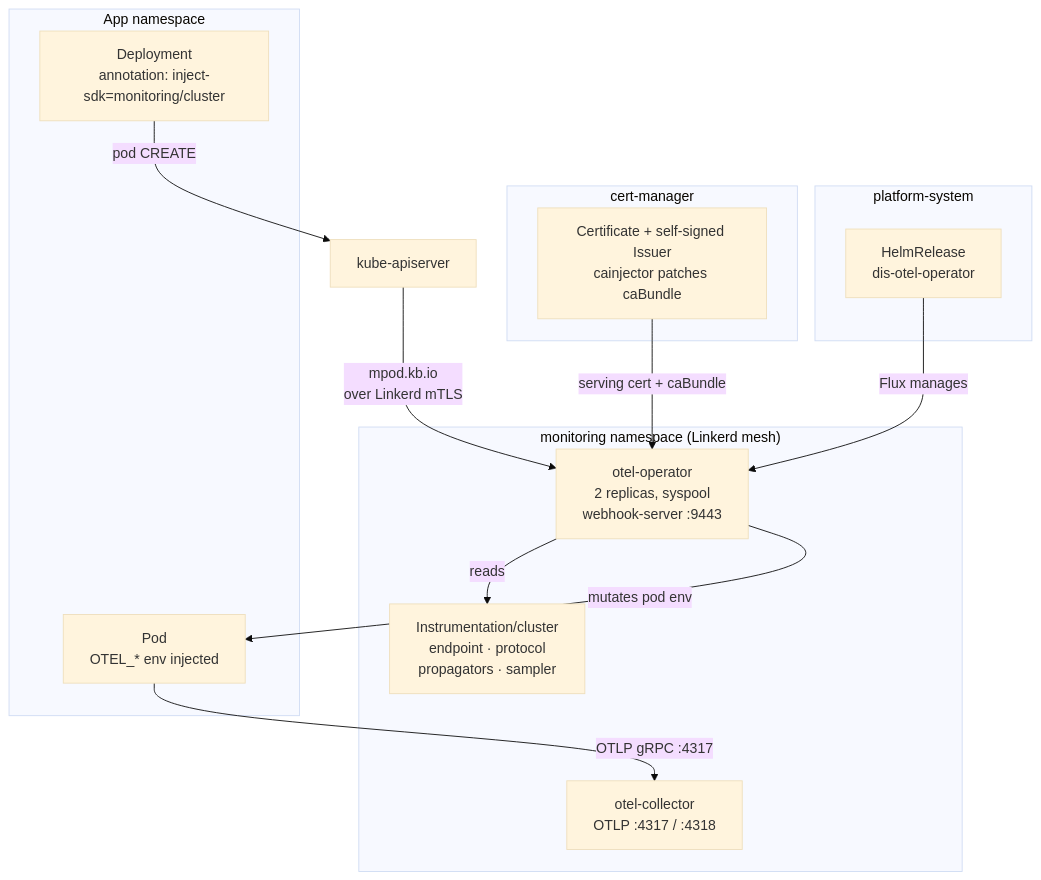
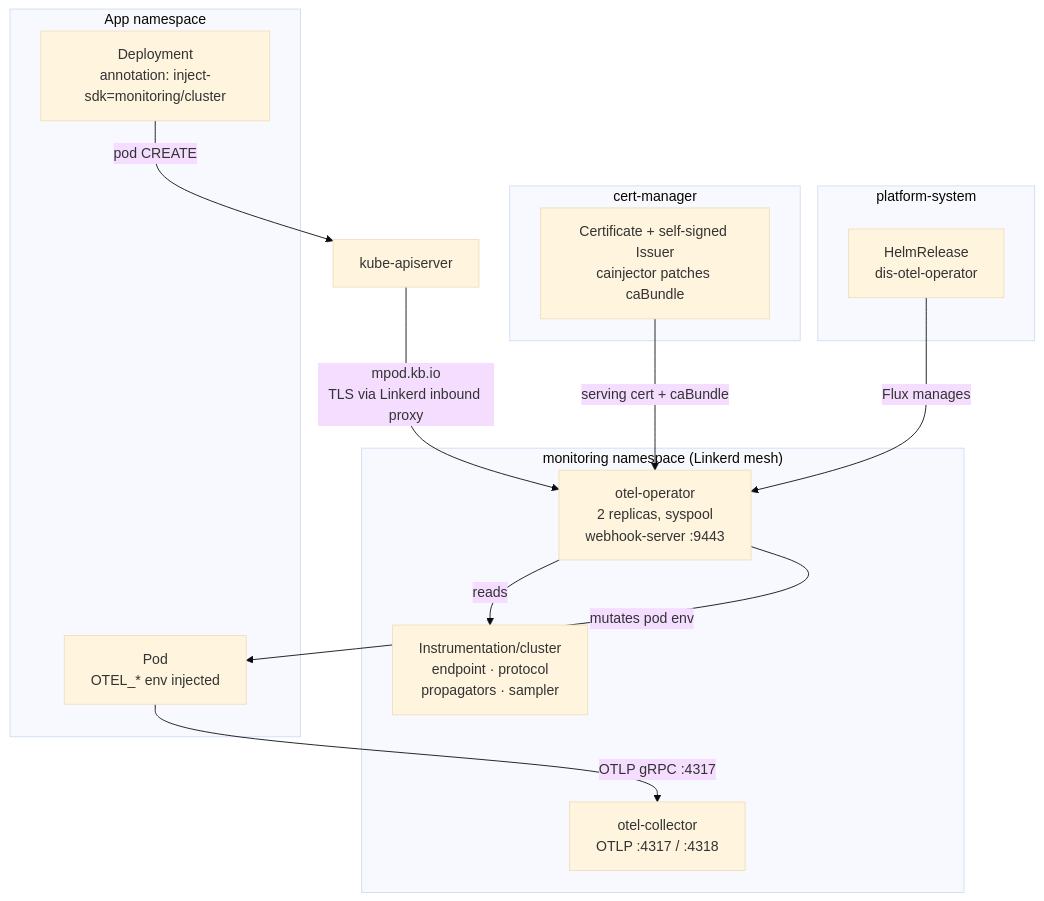
The diagram in docs/superpowers/specs/2026-09-23-otel-auto-instrumentation-design.md (dis-way/gitops-manifests), drawn with Mermaid (base theme) before and after one commit. The commit also changed other lines of this file and 4 other files, not shown here.

````diff
--- a/docs/superpowers/specs/2026-09-23-otel-auto-instrumentation-design.md
+++ b/docs/superpowers/specs/2026-09-23-otel-auto-instrumentation-design.md
@@ -153,31 +176,31 @@
 ```mermaid
 flowchart TB
     subgraph ps["platform-system"]
         hr["HelmRelease<br/>dis-otel-operator"]
     end
 
     subgraph mon["monitoring namespace (Linkerd mesh)"]
         op["otel-operator<br/>2 replicas, syspool<br/>webhook-server :9443"]
         inst["Instrumentation/cluster<br/>endpoint · protocol<br/>propagators · sampler"]
         col["otel-collector<br/>OTLP :4317 / :4318"]
     end
 
     subgraph cm["cert-manager"]
         cert["Certificate + self-signed Issuer<br/>cainjector patches caBundle"]
     end
 
     api["kube-apiserver"]
 
     subgraph apps["App namespace"]
         dep["Deployment<br/>annotation: inject-sdk=monitoring/cluster"]
         pod["Pod<br/>OTEL_* env injected"]
     end
 
     hr -->|"Flux manages"| op
     cert -->|"serving cert + caBundle"| op
     dep -->|"pod CREATE"| api
-    api -->|"mpod.kb.io<br/>over Linkerd mTLS"| op
+    api -->|"mpod.kb.io<br/>TLS via Linkerd inbound proxy"| op
     op -->|"reads"| inst
     op -->|"mutates pod env"| pod
     pod -->|"OTLP gRPC :4317"| col
 ```
````
